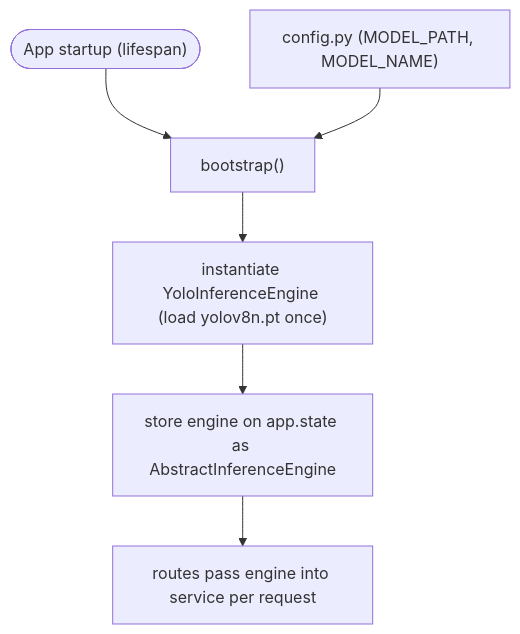
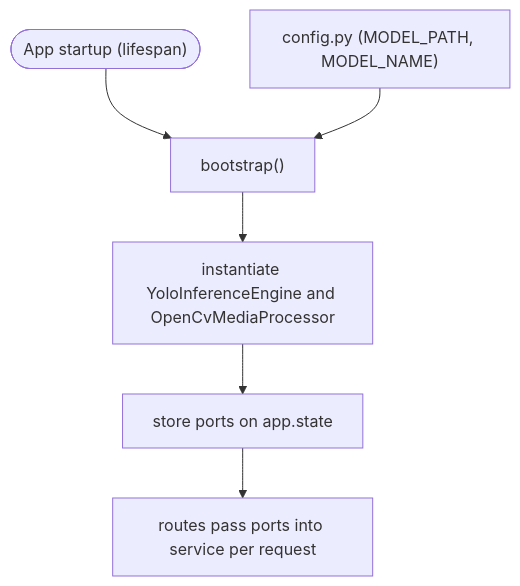
The second of 4 diagrams in docs/architecture.md (Sungchunn/yolov8n-ports-adapters), drawn with Mermaid before and after one commit. The commit also changed other lines of this file and 1 other file, not shown here.

Commit message:
Update architecture docs for upload media flow

````diff
--- a/docs/architecture.md
+++ b/docs/architecture.md
@@ -219,8 +223,8 @@
 ```mermaid
 flowchart TB
     Start(["App startup (lifespan)"]) --> BS["bootstrap()"]
     Cfg["config.py (MODEL_PATH, MODEL_NAME)"] --> BS
-    BS --> Inst["instantiate YoloInferenceEngine (load yolov8n.pt once)"]
-    Inst --> AppState["store engine on app.state as AbstractInferenceEngine"]
-    AppState --> Routes["routes pass engine into service per request"]
+    BS --> Inst["instantiate YoloInferenceEngine and OpenCvMediaProcessor"]
+    Inst --> AppState["store ports on app.state"]
+    AppState --> Routes["routes pass ports into service per request"]
 ```
````
